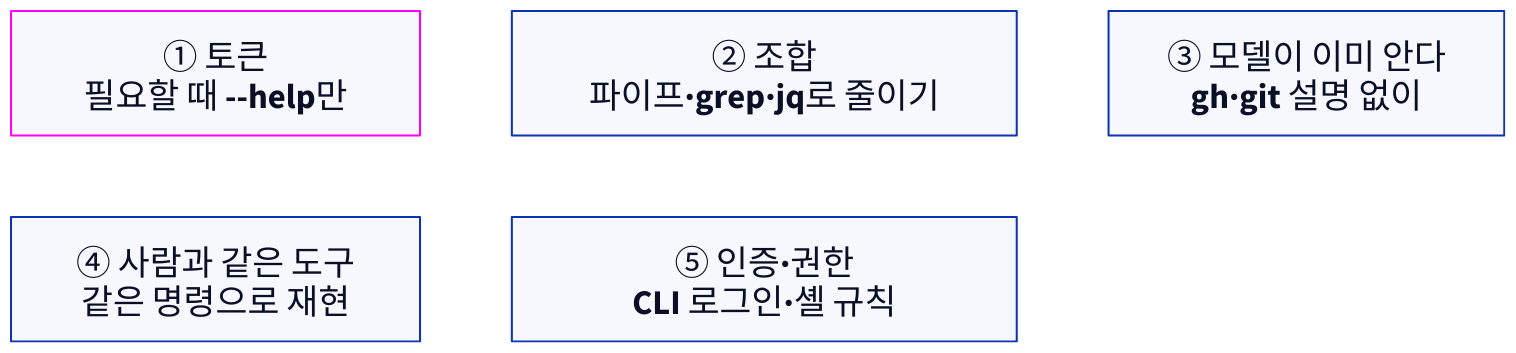
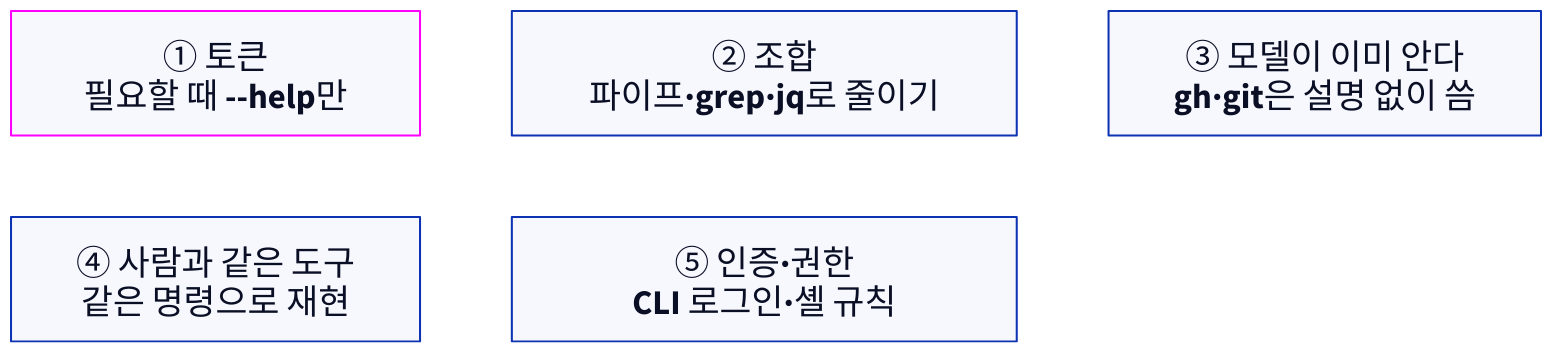
Before and after one commit to TheMagicTower/korean-ai-dev-course: the diagram in kangnam-agentic/diagrams/src/p10-why-cli.d2, drawn with D2. The commit also changed 42 other files, not shown here.

```diff
--- a/kangnam-agentic/diagrams/src/p10-why-cli.d2
+++ b/kangnam-agentic/diagrams/src/p10-why-cli.d2
@@ -1,17 +1,17 @@
 grid-rows: 2
 grid-columns: 3
 horizontal-gap: 90
 vertical-gap: 80
 t1: "① 토큰\n필요할 때 --help만" {
   style.stroke: "#ff00ff"
 }
 t2: "② 조합\n파이프·grep·jq로 줄이기"
-t3: "③ 모델이 이미 안다\ngh·git 설명 없이"
+t3: "③ 모델이 이미 안다\ngh·git은 설명 없이 씀"
 t4: "④ 사람과 같은 도구\n같은 명령으로 재현"
 t5: "⑤ 인증·권한\nCLI 로그인·셸 규칙"
 z6: "" {
   style.opacity: 0
 }
 
 **.style.font-size: 34
 (** -> **)[*].style.font-size: 26
```
